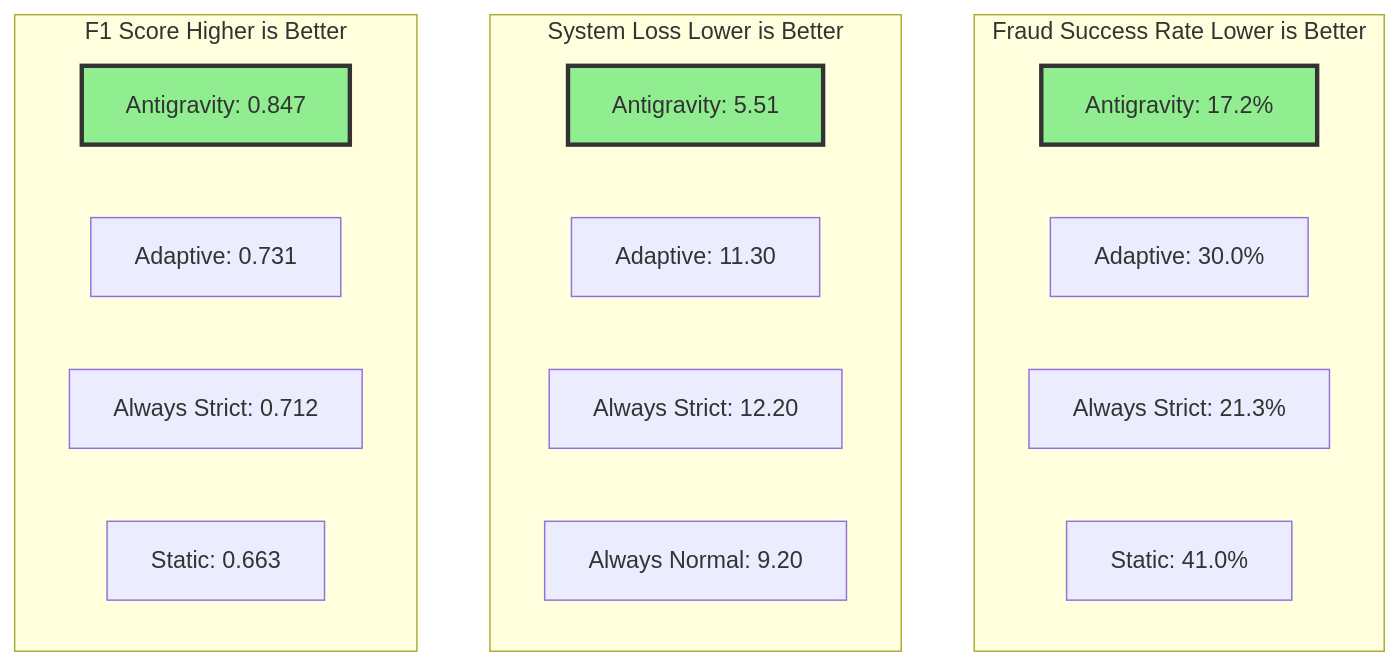
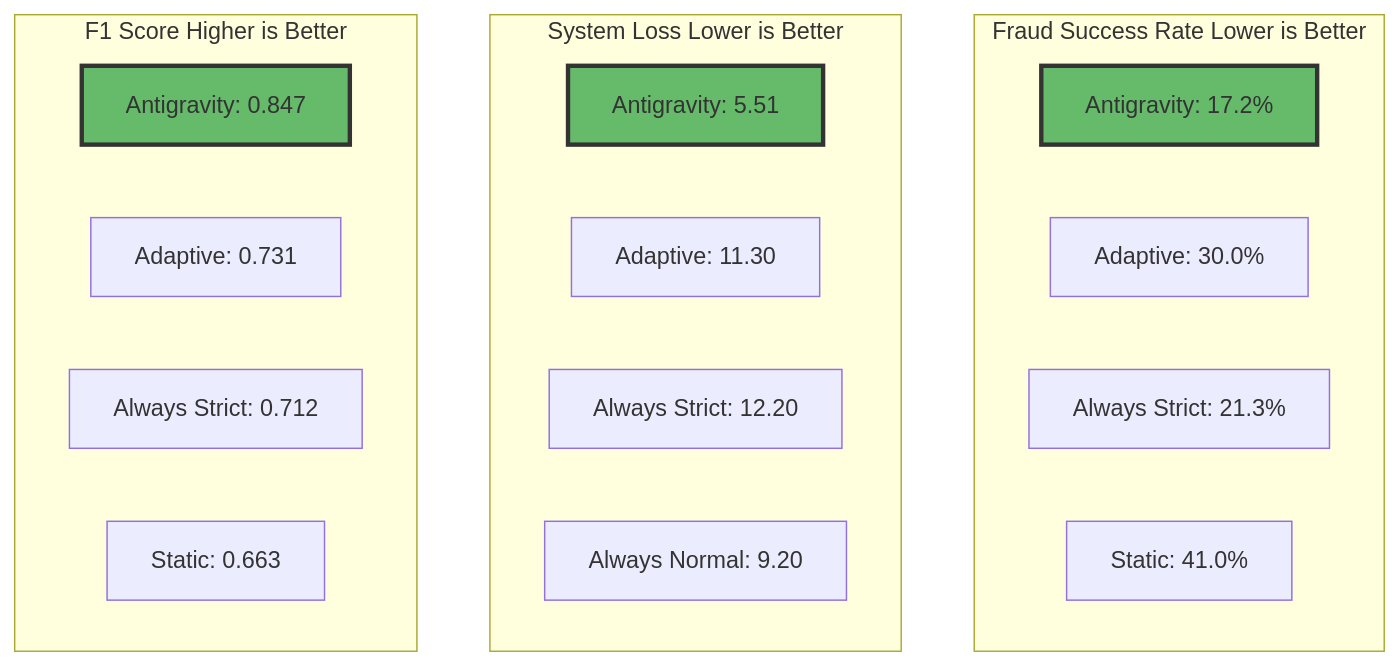
One commit to HelloCol2/markov-fraud-antigravity changed the tenth of 14 diagrams in README.md. Above: the diagram before and after it, drawn with Mermaid. The commit also changed other lines of this file, not shown here.

````diff
--- a/README.md
+++ b/README.md
@@ -555,30 +557,30 @@
 ```mermaid
 graph TB
     subgraph "Fraud Success Rate Lower is Better"
         direction LR
         A1[Antigravity: 17.2%] 
         A2[Adaptive: 30.0%]
         A3[Always Strict: 21.3%]
         A4[Static: 41.0%]
     end
     
     subgraph "System Loss Lower is Better"
         direction LR
         B1[Antigravity: 5.51]
         B2[Adaptive: 11.30]
         B3[Always Strict: 12.20]
         B4[Always Normal: 9.20]
     end
     
     subgraph "F1 Score Higher is Better"
         direction LR
         C1[Antigravity: 0.847]
         C2[Adaptive: 0.731]
         C3[Always Strict: 0.712]
         C4[Static: 0.663]
     end
     
-    style A1 fill:#90EE90,stroke:#333,stroke-width:3px
-    style B1 fill:#90EE90,stroke:#333,stroke-width:3px
-    style C1 fill:#90EE90,stroke:#333,stroke-width:3px
+    style A1 fill:#66bb6a,stroke:#333,stroke-width:3px
+    style B1 fill:#66bb6a,stroke:#333,stroke-width:3px
+    style C1 fill:#66bb6a,stroke:#333,stroke-width:3px
 ```
````
